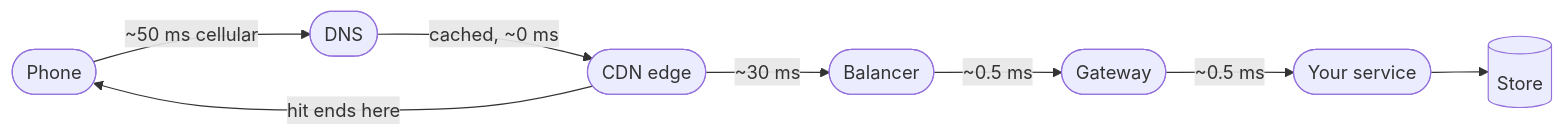
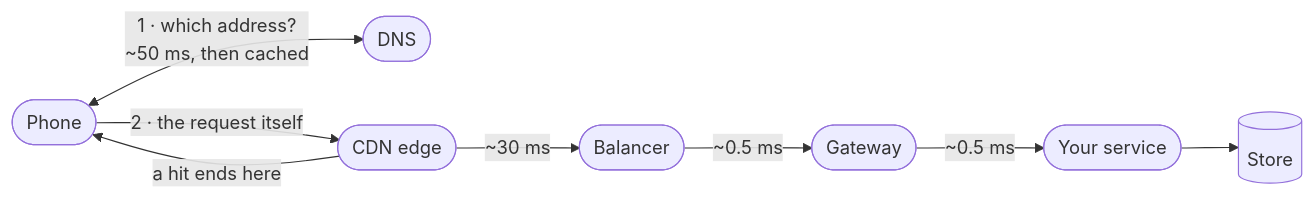
The tenth of 21 diagrams in examples/system-design-foundations.md (Laticent/lattice), drawn with Mermaid before and after one commit. The commit also changed other lines of this file and 1 other file, not shown here.

First line of the commit message:
deck(examples): stop three diagrams teaching something false

````diff
--- a/examples/system-design-foundations.md
+++ b/examples/system-design-foundations.md
@@ -1604,10 +1604,10 @@
 ```mermaid
 flowchart LR
-  U(["Phone"]) -->|"~50 ms cellular"| D(["DNS"])
-  D -->|"cached, ~0 ms"| E(["CDN edge"])
-  E -->|"hit ends here"| U
+  U(["Phone"]) <-->|"1 · which address?<br/>~50 ms, then cached"| D(["DNS"])
+  U -->|"2 · the request itself"| E(["CDN edge"])
+  E -->|"a hit ends here"| U
   E -->|"~30 ms"| LB(["Balancer"])
   LB -->|"~0.5 ms"| GW(["Gateway"])
   GW -->|"~0.5 ms"| SVC(["Your service"])
   SVC --> DB[("Store")]
 ```
````
